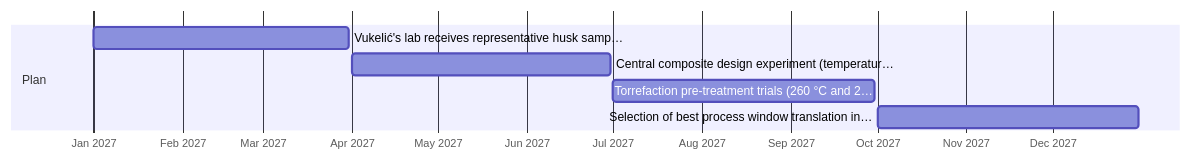
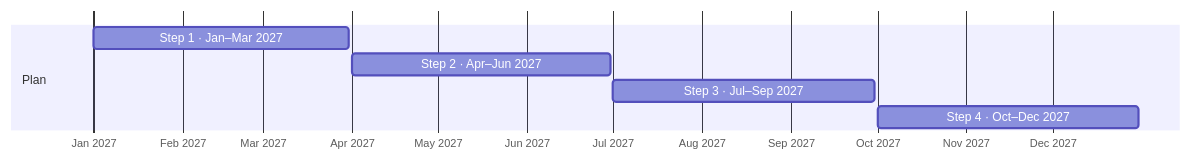
One commit to JannetEkka/spona changed the second of 3 diagrams in runs/2026-10-31-full/proposals/01-C007-R0992.md. Above: the diagram before and after it, drawn with Mermaid. The commit also changed other lines of this file and 9 other files, not shown here.

First line of the commit message:
Proposal diagrams: complete labels instead of cut-off titles

````diff
--- a/runs/2026-10-31-full/proposals/01-C007-R0992.md
+++ b/runs/2026-10-31-full/proposals/01-C007-R0992.md
@@ -46,11 +46,11 @@
 ```mermaid
 gantt
     dateFormat YYYY-MM-DD
     axisFormat %b %Y
     todayMarker off
     section Plan
-    Vukelić's lab receives representative husk samp… : p1, 2027-01-01, 2027-03-31
-    Central composite design experiment (temperatur… : p2, 2027-04-01, 2027-06-30
-    Torrefaction pre-treatment trials (260 °C and 2… : p3, 2027-07-01, 2027-09-30
-    Selection of best process window translation in… : p4, 2027-10-01, 2027-12-31
+    Step 1 · Jan–Mar 2027 : p1, 2027-01-01, 2027-03-31
+    Step 2 · Apr–Jun 2027 : p2, 2027-04-01, 2027-06-30
+    Step 3 · Jul–Sep 2027 : p3, 2027-07-01, 2027-09-30
+    Step 4 · Oct–Dec 2027 : p4, 2027-10-01, 2027-12-31
 ```
````
